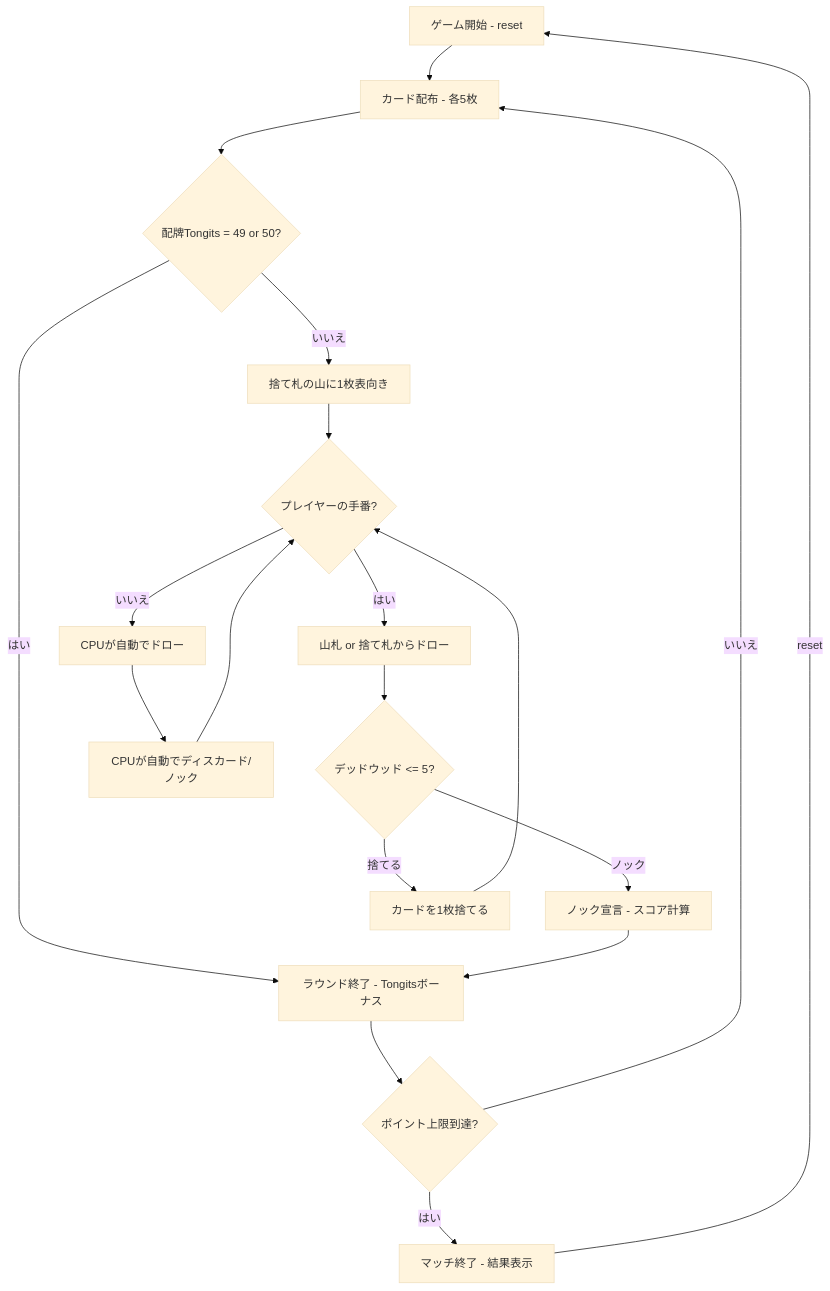
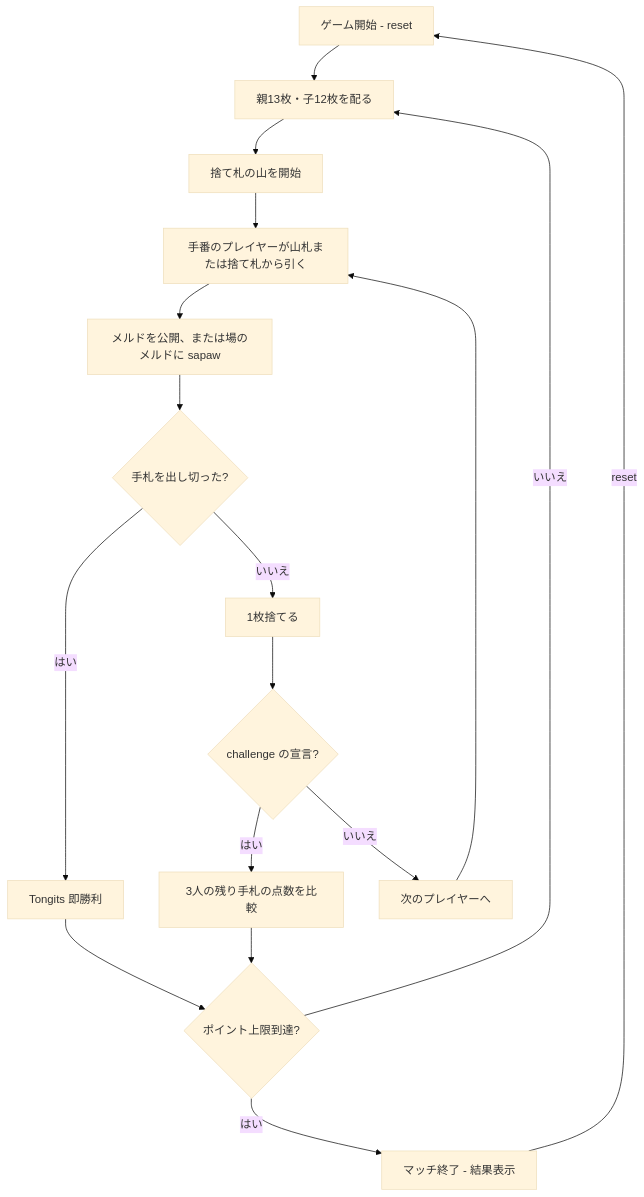
One commit to yuta-yoshinaga/go_trumpcards changed the diagram in docs/manual/cui/tongits.md. Above: the diagram before and after it, drawn with Mermaid (base theme). The commit also changed other lines of this file and 1 other file, not shown here.

First line of the commit message:
docs(tongits): rewrite both manuals for Tongits instead of Tonk

````diff
--- a/docs/manual/cui/tongits.md
+++ b/docs/manual/cui/tongits.md
@@ -52,21 +49,19 @@
 ```mermaid
 flowchart TD
-    A[ゲーム開始 - reset] --> B[カード配布 - 各5枚]
-    B --> C{配牌Tongits = 49 or 50?}
-    C -->|はい| L[ラウンド終了 - Tongitsボーナス]
-    C -->|いいえ| D[捨て札の山に1枚表向き]
-    D --> E{プレイヤーの手番?}
-    E -->|はい| F[山札 or 捨て札からドロー]
-    E -->|いいえ| G[CPUが自動でドロー]
-    F --> H{デッドウッド <= 5?}
-    H -->|ノック| I[ノック宣言 - スコア計算]
-    H -->|捨てる| J[カードを1枚捨てる]
-    G --> K[CPUが自動でディスカード/ノック]
-    J --> E
-    K --> E
-    I --> L
-    L --> N{ポイント上限到達?}
-    N -->|いいえ| B
-    N -->|はい| O[マッチ終了 - 結果表示]
-    O -->|reset| A
+    A[ゲーム開始 - reset] --> B[親13枚・子12枚を配る]
+    B --> C[捨て札の山を開始]
+    C --> D[手番のプレイヤーが山札または捨て札から引く]
+    D --> E[メルドを公開、または場のメルドに sapaw]
+    E --> F{手札を出し切った?}
+    F -->|はい| G[Tongits 即勝利]
+    F -->|いいえ| H[1枚捨てる]
+    H --> I{challenge の宣言?}
+    I -->|はい| J[3人の残り手札の点数を比較]
+    I -->|いいえ| K[次のプレイヤーへ]
+    K --> D
+    G --> L{ポイント上限到達?}
+    J --> L
+    L -->|いいえ| B
+    L -->|はい| M[マッチ終了 - 結果表示]
+    M -->|reset| A
 ```
````
